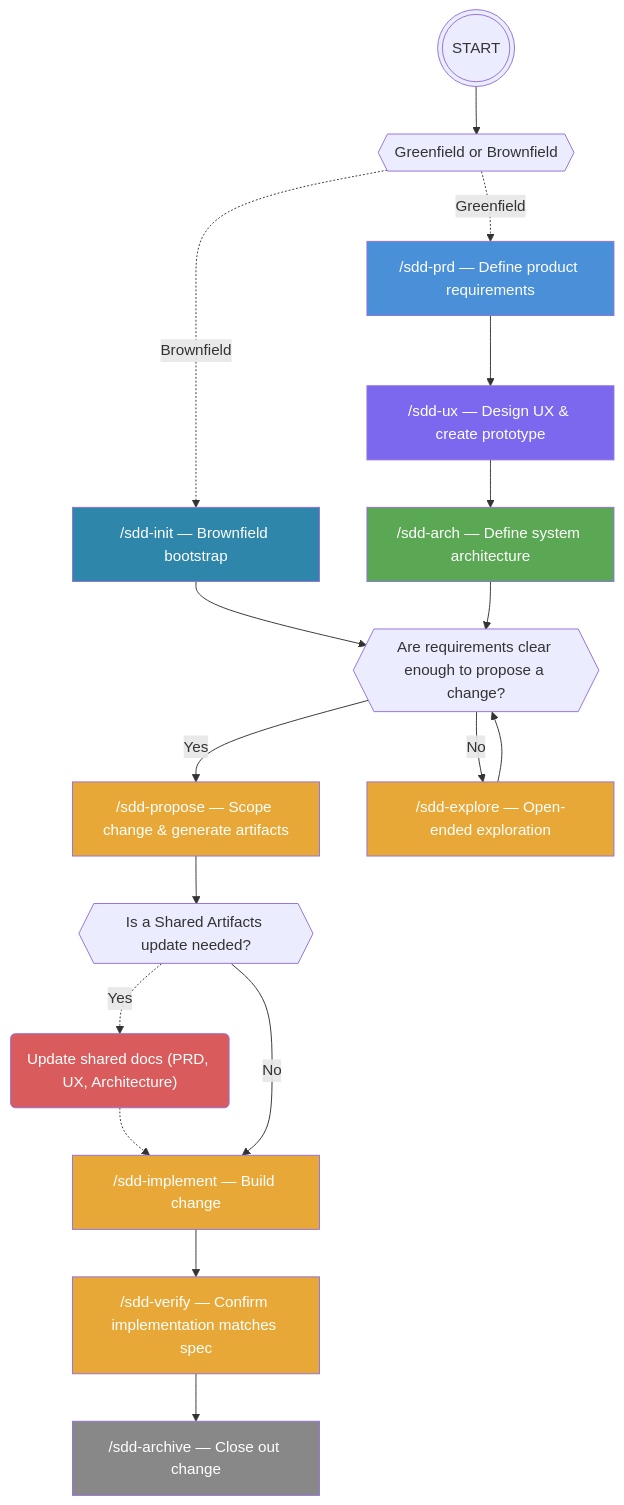
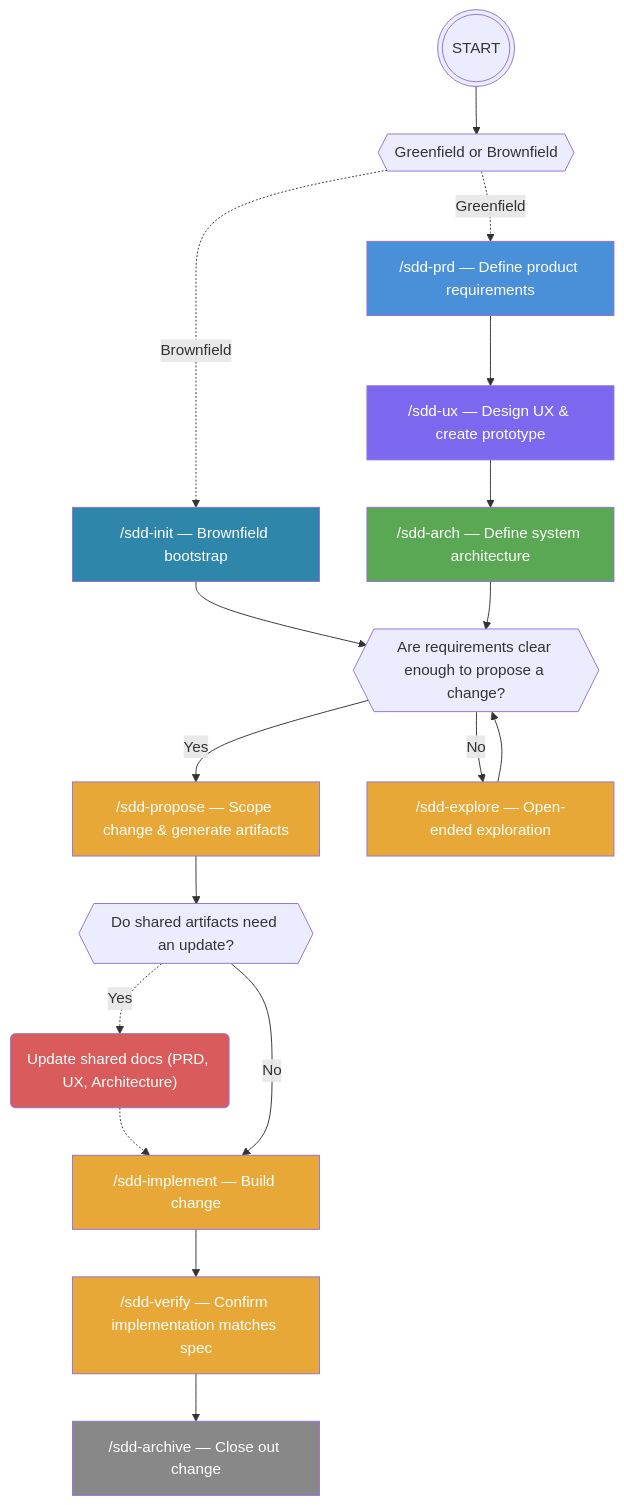
The diagram in src/sdd-team/README.md (AlessioScarfone/aine-copilot-plugins), drawn with Mermaid before and after one commit. The commit also changed other lines of this file, not shown here.

First line of the commit message:
Clarify shared artifacts update in README

````diff
--- a/src/sdd-team/README.md
+++ b/src/sdd-team/README.md
@@ -65,32 +65,32 @@
 ```mermaid
 flowchart TD
     START(((START))) --> PROJECT_TYPE{{Greenfield or Brownfield}} -. Greenfield .-> PRD
     PROJECT_TYPE   -. Brownfield .-> INIT
     INIT["/sdd-init — Brownfield bootstrap"] --> CLEAR_REQ
 
     PRD["/sdd-prd — Define product requirements"] --> UX
     UX["/sdd-ux — Design UX & create prototype"] --> ARCH
     ARCH["/sdd-arch — Define system architecture"] --> CLEAR_REQ{{Are requirements clear enough to propose a change?}} -- Yes--> PROPOSE
     CLEAR_REQ -- No --> EXPLORE["/sdd-explore — Open-ended exploration"] --> CLEAR_REQ
 
     PROPOSE["/sdd-propose — Scope change & generate artifacts"] --> UPDATE
 
-    UPDATE{{"Is a Shared Artifacts update needed?"}}
+    UPDATE{{"Do shared artifacts need an update?"}}
     UPDATE -. Yes .-> UPDATE_SHARED("Update shared docs (PRD, UX, Architecture)") .-> IMPLEMENT 
     UPDATE -- No --> IMPLEMENT
 
     IMPLEMENT["/sdd-implement — Build change"] --> VERIFY
     VERIFY["/sdd-verify — Confirm implementation matches spec"] --> ARCHIVE
     ARCHIVE["/sdd-archive — Close out change"]
 
     style INIT fill:#2E86AB,color:#fff
     style PRD fill:#4A90D9,color:#fff
     style UX fill:#7B68EE,color:#fff
     style ARCH fill:#5BA854,color:#fff
     style PROPOSE fill:#E8A838,color:#fff
     style EXPLORE fill:#E8A838,color:#fff
     style IMPLEMENT fill:#E8A838,color:#fff
     style VERIFY fill:#E8A838,color:#fff
     style ARCHIVE fill:#888,color:#fff
     style UPDATE_SHARED fill:#D95B5B,color:#fff
 ```
````
